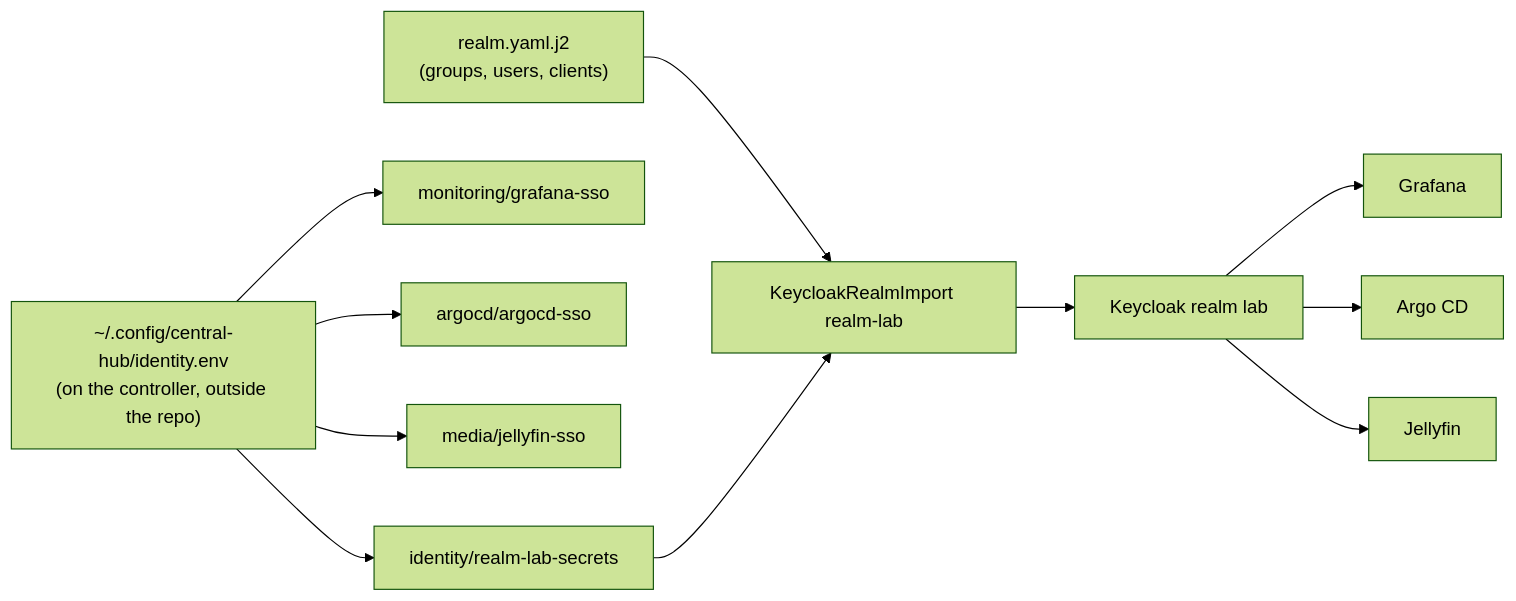
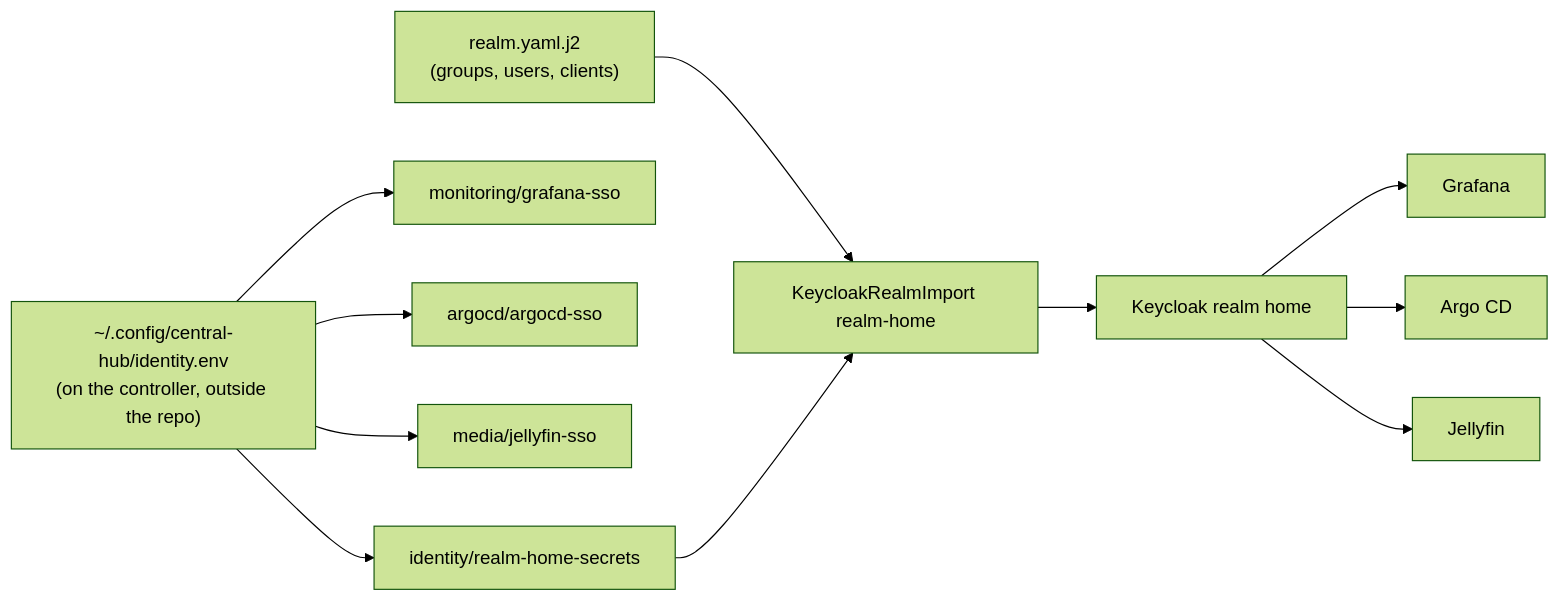
One commit to jonhill90/central-hub changed the diagram in docs/runbooks/set-up-lab-sign-in.md. Above: the diagram before and after it, drawn with Mermaid (forest theme). The commit also changed other lines of this file and 28 other files, not shown here.

First line of the commit message:
feat: rename the Keycloak realm lab to home, with its groups and sign-in name

````diff
--- a/docs/runbooks/set-up-lab-sign-in.md
+++ b/docs/runbooks/set-up-lab-sign-in.md
@@ -19,11 +19,11 @@
 ```mermaid
 flowchart LR
-  env["~/.config/central-hub/identity.env<br/>(on the controller, outside the repo)"] --> s1["identity/realm-lab-secrets"]
+  env["~/.config/central-hub/identity.env<br/>(on the controller, outside the repo)"] --> s1["identity/realm-home-secrets"]
   env --> g["monitoring/grafana-sso"]
   env --> a["argocd/argocd-sso"]
   env --> j["media/jellyfin-sso"]
-  code["realm.yaml.j2<br/>(groups, users, clients)"] --> imp["KeycloakRealmImport realm-lab"]
+  code["realm.yaml.j2<br/>(groups, users, clients)"] --> imp["KeycloakRealmImport realm-home"]
   s1 --> imp
-  imp --> kc["Keycloak realm lab"]
+  imp --> kc["Keycloak realm home"]
   kc --> Grafana & ArgoCD["Argo CD"] & Jellyfin
 ```
````
